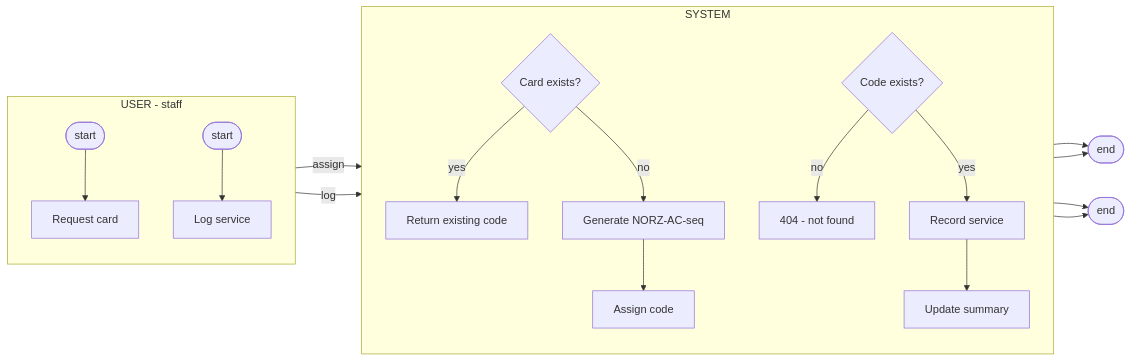
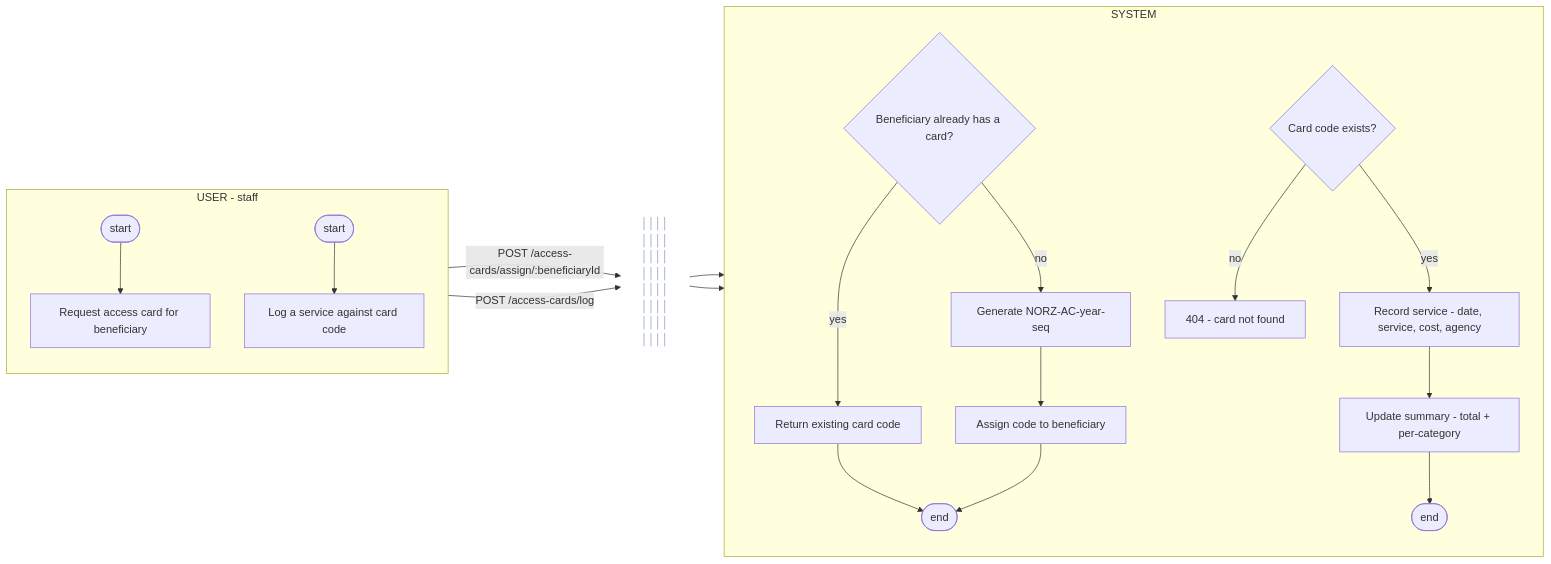
The eighth of 12 diagrams in docs/diagrams/04-1-activity-diagram.md (urlsalimbot/THESIS1-KAPWA), drawn with Mermaid before and after one commit. The commit also changed other lines of this file, not shown here.

Commit message:
docs: add vertical divider line between user and system lanes in activity diagrams

````diff
--- a/docs/diagrams/04-1-activity-diagram.md
+++ b/docs/diagrams/04-1-activity-diagram.md
@@ -268,31 +254,26 @@
 ```mermaid
 flowchart LR
     subgraph U["USER - staff"]
         direction TB
-        A([start]) --> B[Request card]
-        C([start]) --> D[Log service]
+        A([start]) --> B[Request access card for beneficiary]
+        C([start]) --> D[Log a service against card code]
     end
     subgraph S["SYSTEM"]
         direction TB
-        E{Card exists?}
-        F[Generate NORZ-AC-seq]
-        G[Assign code]
-        H[Return existing code]
-        I{Code exists?}
-        J[Record service]
-        K[Update summary]
-        L[404 - not found]
+        E{Beneficiary already has a card?}
+        E -- yes --> F[Return existing card code]
+        E -- no --> G[Generate NORZ-AC-year-seq]
+        G --> H[Assign code to beneficiary]
+        F --> M1([end])
+        H --> M1
+        I{Card code exists?}
+        I -- yes --> J[Record service - date, service, cost, agency]
+        J --> K[Update summary - total + per-category]
+        K --> M2([end])
+        I -- no --> L[404 - card not found]
     end
-    B -->|"assign"| E
-    E -- yes --> H
-    H --> M([end])
-    E -- no --> F
-    F --> G
-    G --> M
-    D -->|"log"| I
-    I -- no --> L
-    L --> N([end])
-    I -- yes --> J
-    J --> K
-    K --> N
+    DIV["││││<br/>││││<br/>││││<br/>││││<br/>││││<br/>││││<br/>││││<br/>││││"]
+    B -->|"POST /access-cards/assign/:beneficiaryId"| DIV --> E
+    D -->|"POST /access-cards/log"| DIV --> I
+    style DIV fill:none,stroke:none,color:#94a3b8,font-size:16px,font-weight:bold
 ```
````
